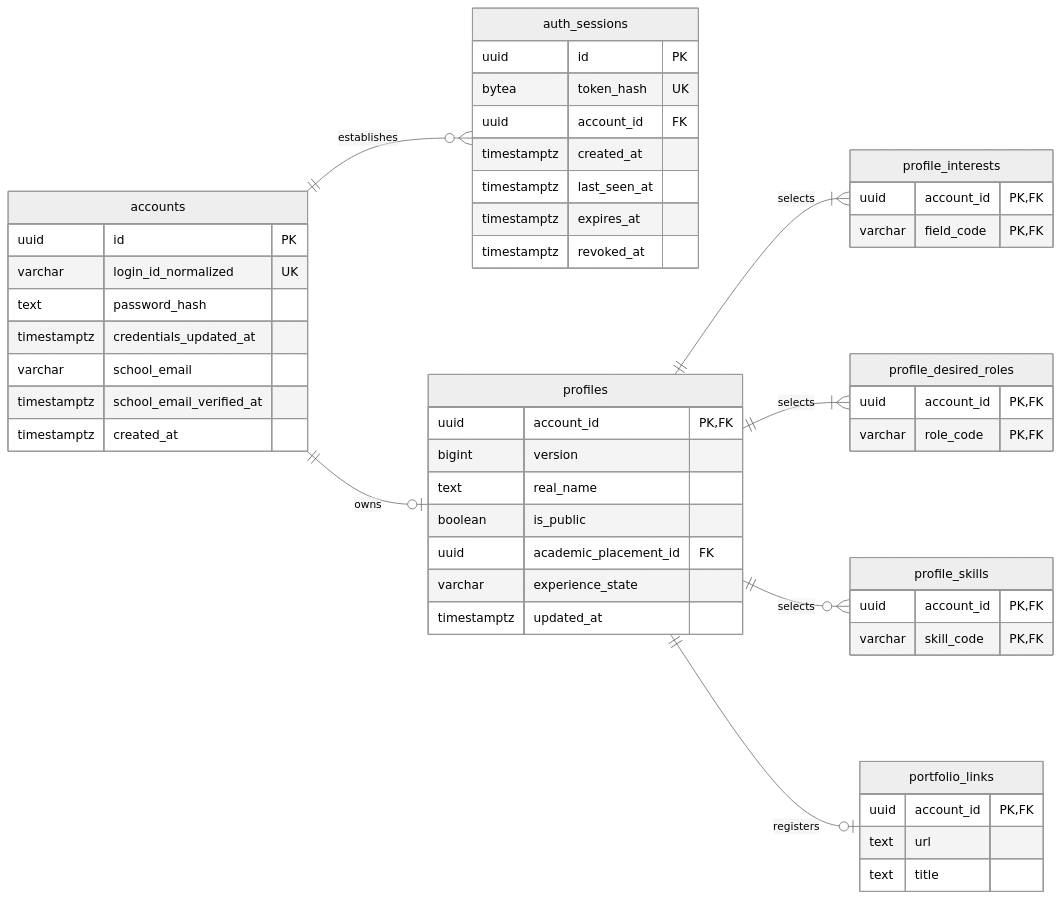
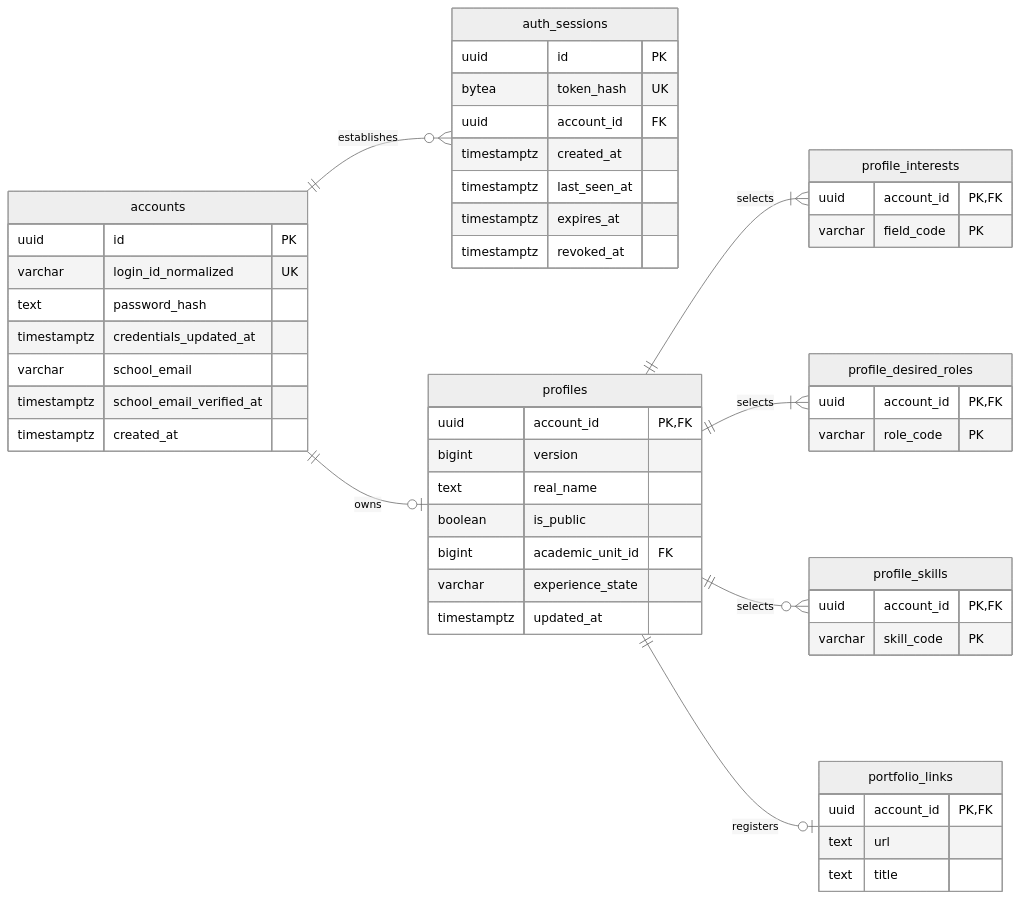
One commit to wejo-team/sku-dreamon changed the diagram in docs/database/identity.md. Above: the diagram before and after it, drawn with Mermaid (neutral theme). The commit also changed other lines of this file and 21 other files, not shown here.

Commit message:
docs(database): 선택지와 학사 구조 단순화 및 전체 ERD 추가

````diff
--- a/docs/database/identity.md
+++ b/docs/database/identity.md
@@ -22,54 +22,54 @@
 ```mermaid
 erDiagram
     direction LR
     accounts ||--o{ auth_sessions : establishes
     accounts ||--o| profiles : owns
     profiles ||--|{ profile_interests : selects
     profiles ||--|{ profile_desired_roles : selects
     profiles ||--o{ profile_skills : selects
     profiles ||--o| portfolio_links : registers
     accounts {
         uuid id PK
         varchar login_id_normalized UK
         text password_hash
         timestamptz credentials_updated_at
         varchar school_email
         timestamptz school_email_verified_at
         timestamptz created_at
     }
     auth_sessions {
         uuid id PK
         bytea token_hash UK
         uuid account_id FK
         timestamptz created_at
         timestamptz last_seen_at
         timestamptz expires_at
         timestamptz revoked_at
     }
     profiles {
         uuid account_id PK,FK
         bigint version
         text real_name
         boolean is_public
-        uuid academic_placement_id FK
+        bigint academic_unit_id FK
         varchar experience_state
         timestamptz updated_at
     }
     profile_interests {
         uuid account_id PK,FK
-        varchar field_code PK,FK
+        varchar field_code PK
     }
     profile_desired_roles {
         uuid account_id PK,FK
-        varchar role_code PK,FK
+        varchar role_code PK
     }
     profile_skills {
         uuid account_id PK,FK
-        varchar skill_code PK,FK
+        varchar skill_code PK
     }
     portfolio_links {
         uuid account_id PK,FK
         text url
         text title
     }
 ```
````
